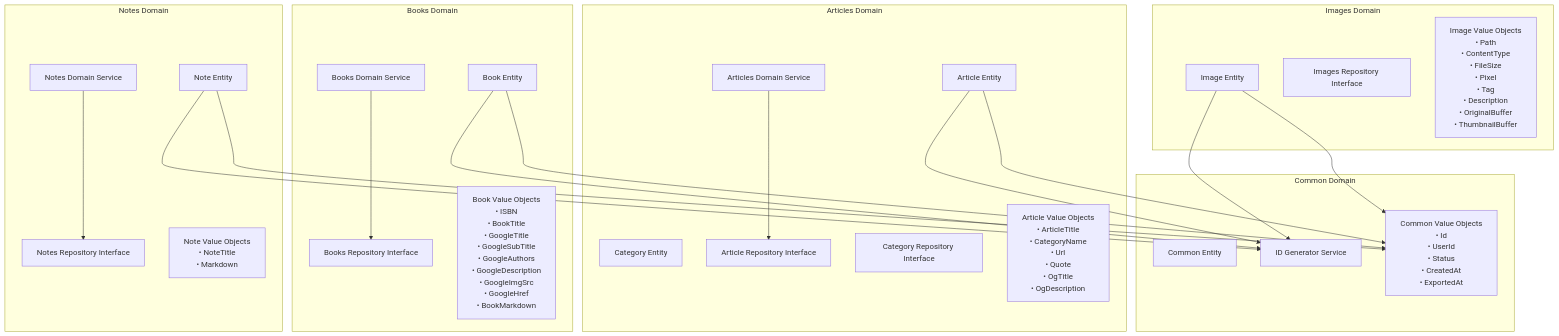
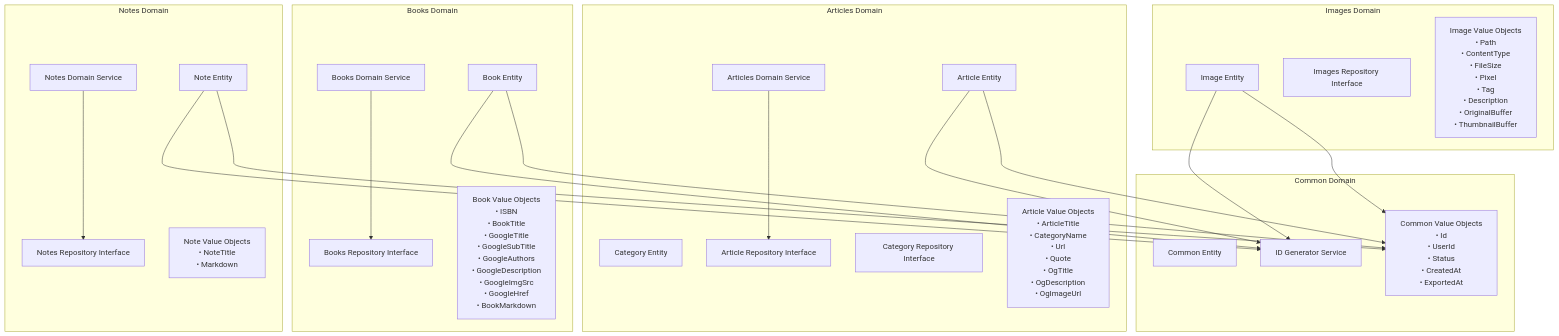
The second of 8 diagrams in docs/domain-model.md (s-hirano-ist/s-private), drawn with Mermaid before and after one commit. The commit also changed other lines of this file and 2 other files, not shown here.

````diff
--- a/docs/domain-model.md
+++ b/docs/domain-model.md
@@ -115,52 +116,52 @@
 ```mermaid
 graph TB
     subgraph "Common Domain"
         CommonEntity[Common Entity]
         IdGenerator[ID Generator Service]
         CommonTypes[Common Value Objects<br/>• Id<br/>• UserId<br/>• Status<br/>• CreatedAt<br/>• ExportedAt]
     end
 
     subgraph "Articles Domain"
         ArticleEntity[Article Entity]
         CategoryEntity[Category Entity]
         ArticleRepo[Article Repository Interface]
         CategoryRepo[Category Repository Interface]
         ArticleService[Articles Domain Service]
-        ArticleTypes[Article Value Objects<br/>• ArticleTitle<br/>• CategoryName<br/>• Url<br/>• Quote<br/>• OgTitle<br/>• OgDescription]
+        ArticleTypes[Article Value Objects<br/>• ArticleTitle<br/>• CategoryName<br/>• Url<br/>• Quote<br/>• OgTitle<br/>• OgDescription<br/>• OgImageUrl]
     end
 
     subgraph "Books Domain"
         BookEntity[Book Entity]
         BookRepo[Books Repository Interface]
         BookService[Books Domain Service]
         BookTypes[Book Value Objects<br/>• ISBN<br/>• BookTitle<br/>• GoogleTitle<br/>• GoogleSubTitle<br/>• GoogleAuthors<br/>• GoogleDescription<br/>• GoogleImgSrc<br/>• GoogleHref<br/>• BookMarkdown]
     end
 
     subgraph "Notes Domain"
         NoteEntity[Note Entity]
         NoteRepo[Notes Repository Interface]
         NoteService[Notes Domain Service]
         NoteTypes[Note Value Objects<br/>• NoteTitle<br/>• Markdown]
     end
 
     subgraph "Images Domain"
         ImageEntity[Image Entity]
         ImageRepo[Images Repository Interface]
         ImageTypes[Image Value Objects<br/>• Path<br/>• ContentType<br/>• FileSize<br/>• Pixel<br/>• Tag<br/>• Description<br/>• OriginalBuffer<br/>• ThumbnailBuffer]
     end
 
     %% Dependencies (all domains depend on Common)
     ArticleEntity --> CommonTypes
     BookEntity --> CommonTypes
     NoteEntity --> CommonTypes
     ImageEntity --> CommonTypes
     
     ArticleEntity --> IdGenerator
     BookEntity --> IdGenerator
     NoteEntity --> IdGenerator
     ImageEntity --> IdGenerator
 
     ArticleService --> ArticleRepo
     BookService --> BookRepo
     NoteService --> NoteRepo
 ```
````
